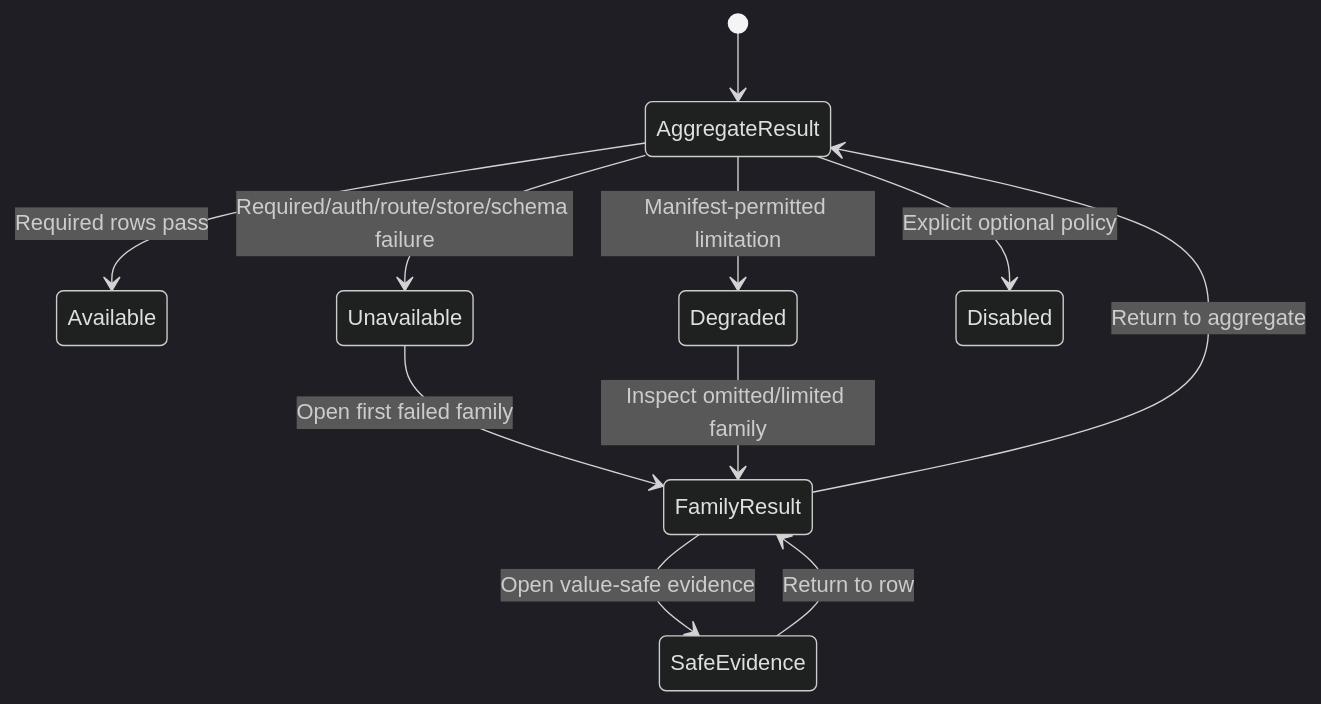
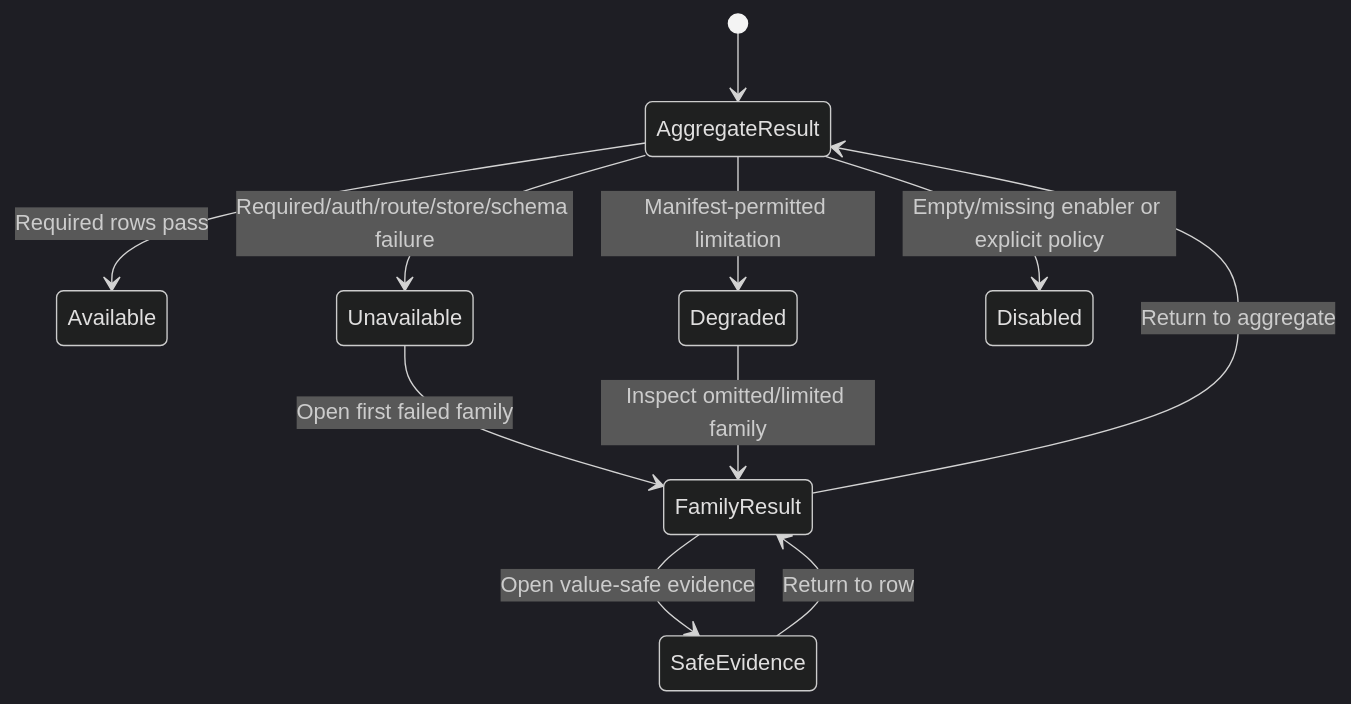
The second of 2 diagrams in specs/080-knowledge-graph-public-api/bugs/BUG-080-001-graph-api-fail-soft-runtime-disable/spec.md (pkirsanov/smackerel), drawn with Mermaid (dark theme) before and after one commit. The commit also changed other lines of this file and 6 other files, not shown here.

First line of the commit message:
BUG-080-001: graph API fail-soft runtime-disable (unit-verified) + correct artifacts fail-loud->fail-soft

````diff
--- a/specs/080-knowledge-graph-public-api/bugs/BUG-080-001-graph-api-fail-soft-runtime-disable/spec.md
+++ b/specs/080-knowledge-graph-public-api/bugs/BUG-080-001-graph-api-fail-soft-runtime-disable/spec.md
@@ -302,13 +311,13 @@
 ```mermaid
 stateDiagram-v2
   [*] --> AggregateResult
   AggregateResult --> Available: Required rows pass
   AggregateResult --> Degraded: Manifest-permitted limitation
   AggregateResult --> Unavailable: Required/auth/route/store/schema failure
-  AggregateResult --> Disabled: Explicit optional policy
+  AggregateResult --> Disabled: Empty/missing enabler or explicit policy
   Unavailable --> FamilyResult: Open first failed family
   Degraded --> FamilyResult: Inspect omitted/limited family
   FamilyResult --> SafeEvidence: Open value-safe evidence
   SafeEvidence --> FamilyResult: Return to row
   FamilyResult --> AggregateResult: Return to aggregate
 ```
````
